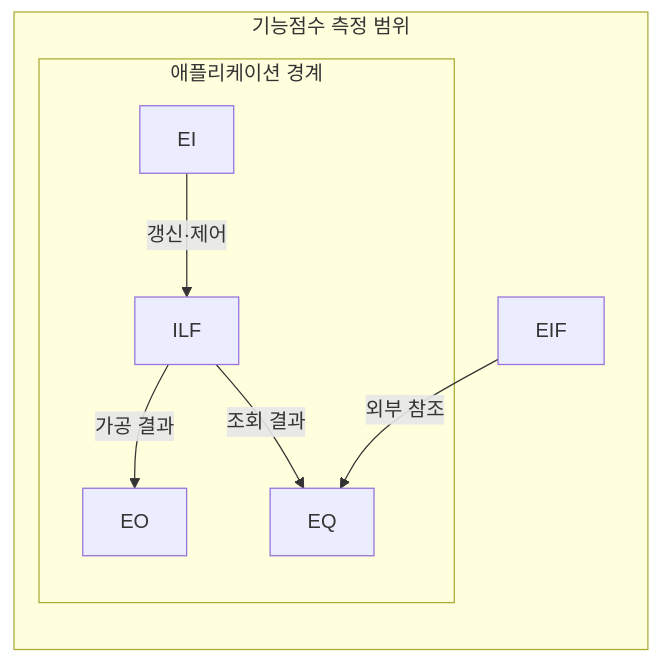
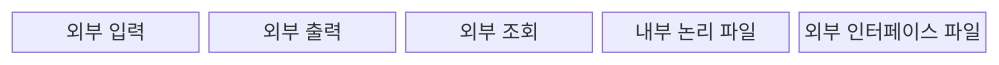
Before and after one commit to agnusdei1207/knowledge-base: the first of 2 diagrams in src/content/docs/notes/03-software/073_function_point.md, drawn with Mermaid. The commit also changed other lines of this file and 20 other files, not shown here.

````diff
--- a/src/content/docs/notes/03-software/073_function_point.md
+++ b/src/content/docs/notes/03-software/073_function_point.md
@@ -65,15 +63,9 @@
 ```mermaid
-flowchart LR
-    subgraph M[기능점수 측정 범위]
-        subgraph S[애플리케이션 경계]
-            EI["EI"]
-            EO["EO"]
-            EQ["EQ"]
-            ILF["ILF"]
-            EI -->|갱신·제어| ILF
-            ILF -->|가공 결과| EO
-            ILF -->|조회 결과| EQ
-        end
-        EIF["EIF"] -->|외부 참조| EQ
-    end
+block
+  columns 5
+  EI["외부 입력"]
+  EO["외부 출력"]
+  EQ["외부 조회"]
+  ILF["내부 논리 파일"]
+  EIF["외부 인터페이스 파일"]
 ```
````
